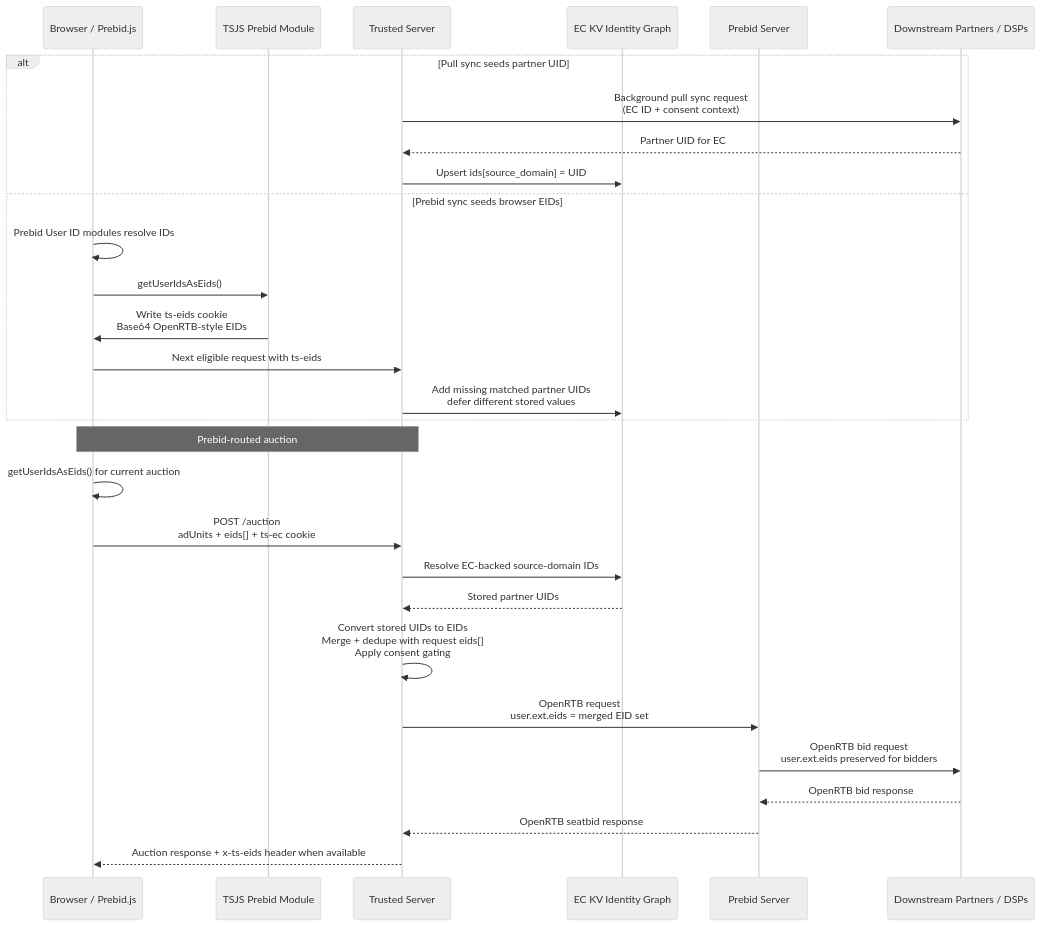
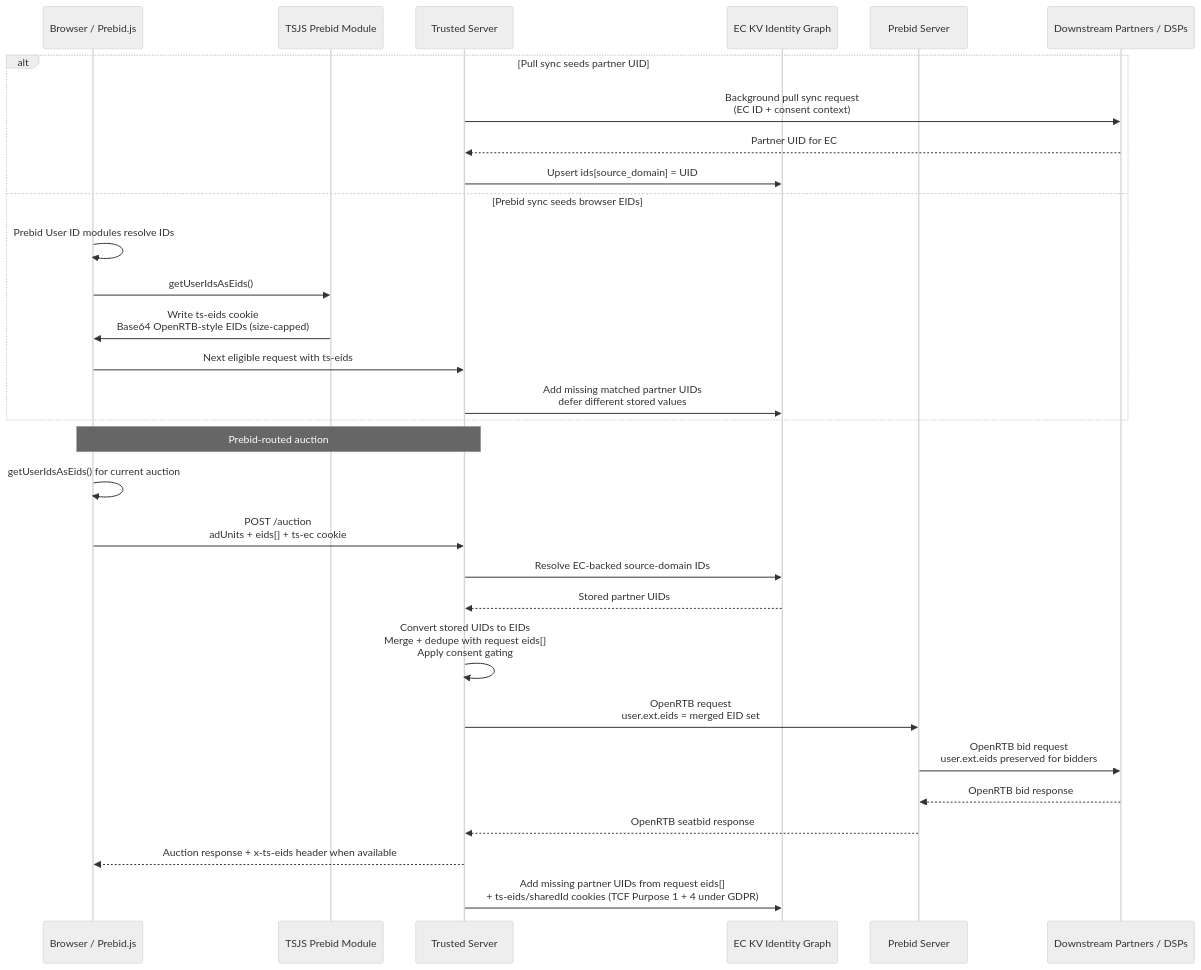
Before and after one commit to IABTechLab/trusted-server: the sixth of 6 diagrams in docs/guide/edge-cookies.md, drawn with Mermaid (neutral theme). The commit also changed other lines of this file and 13 other files, not shown here.

First line of the commit message:
Ingest /auction EIDs from the request body instead of the trimmed ts-eids cookie (#1188)

````diff
--- a/docs/guide/edge-cookies.md
+++ b/docs/guide/edge-cookies.md
@@ -188,33 +196,34 @@
 ```mermaid
 sequenceDiagram
     participant B as Browser / Prebid.js
     participant TSJS as TSJS Prebid Module
     participant TS as Trusted Server
     participant KV as EC KV Identity Graph
     participant PS as Prebid Server
     participant DSP as Downstream Partners / DSPs
 
     alt Pull sync seeds partner UID
         TS->>DSP: Background pull sync request<br/>(EC ID + consent context)
         DSP-->>TS: Partner UID for EC
         TS->>KV: Upsert ids[source_domain] = UID
     else Prebid sync seeds browser EIDs
         B->>B: Prebid User ID modules resolve IDs
         B->>TSJS: getUserIdsAsEids()
-        TSJS->>B: Write ts-eids cookie<br/>Base64 OpenRTB-style EIDs
+        TSJS->>B: Write ts-eids cookie<br/>Base64 OpenRTB-style EIDs (size-capped)
         B->>TS: Next eligible request with ts-eids
         TS->>KV: Add missing matched partner UIDs<br/>defer different stored values
     end
 
     Note over B,TS: Prebid-routed auction
     B->>B: getUserIdsAsEids() for current auction
     B->>TS: POST /auction<br/>adUnits + eids[] + ts-ec cookie
     TS->>KV: Resolve EC-backed source-domain IDs
     KV-->>TS: Stored partner UIDs
     TS->>TS: Convert stored UIDs to EIDs<br/>Merge + dedupe with request eids[]<br/>Apply consent gating
     TS->>PS: OpenRTB request<br/>user.ext.eids = merged EID set
     PS->>DSP: OpenRTB bid request<br/>user.ext.eids preserved for bidders
     DSP-->>PS: OpenRTB bid response
     PS-->>TS: OpenRTB seatbid response
     TS-->>B: Auction response + x-ts-eids header when available
+    TS->>KV: Add missing partner UIDs from request eids[]<br/>+ ts-eids/sharedId cookies (TCF Purpose 1 + 4 under GDPR)
 ```
````
